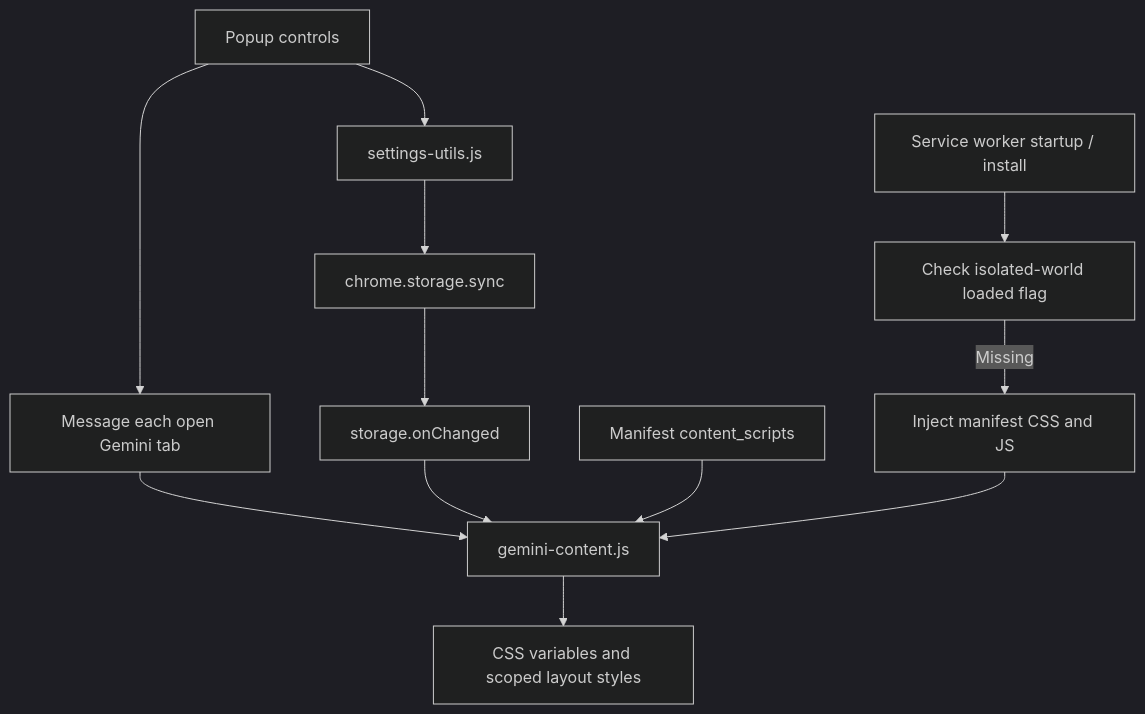
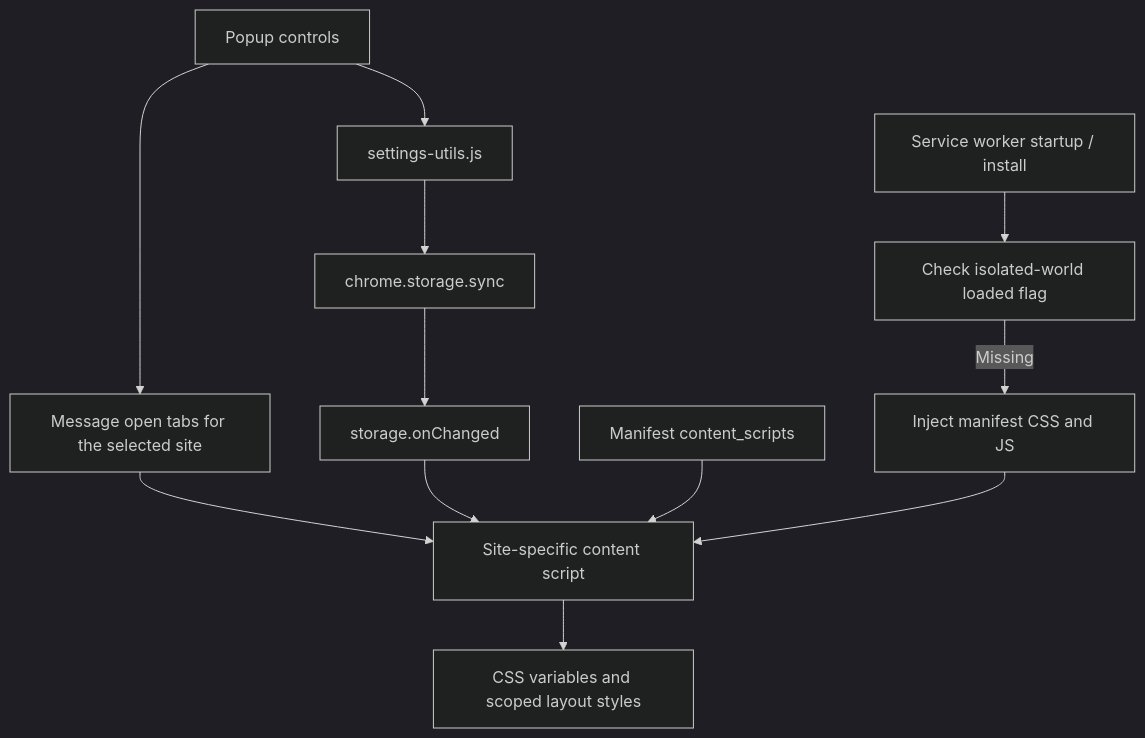
One commit to Planetes1mal/wider-gemini changed the diagram in docs/engineering.md. Above: the diagram before and after it, drawn with Mermaid (dark theme). The commit also changed other lines of this file and 44 other files, not shown here.

````diff
--- a/docs/engineering.md
+++ b/docs/engineering.md
@@ -19,14 +19,14 @@
 ```mermaid
 flowchart TD
     Popup[Popup controls] --> Normalize[settings-utils.js]
     Normalize --> Storage[chrome.storage.sync]
-    Popup --> Message[Message each open Gemini tab]
+    Popup --> Message[Message open tabs for the selected site]
     Storage --> Change[storage.onChanged]
-    Message --> Content[gemini-content.js]
+    Message --> Content[Site-specific content script]
     Change --> Content
     Content --> Layout[CSS variables and scoped layout styles]
     Manifest[Manifest content_scripts] --> Content
     Startup[Service worker startup / install] --> Check[Check isolated-world loaded flag]
     Check -->|Missing| Inject[Inject manifest CSS and JS]
     Inject --> Content
 ```
````
